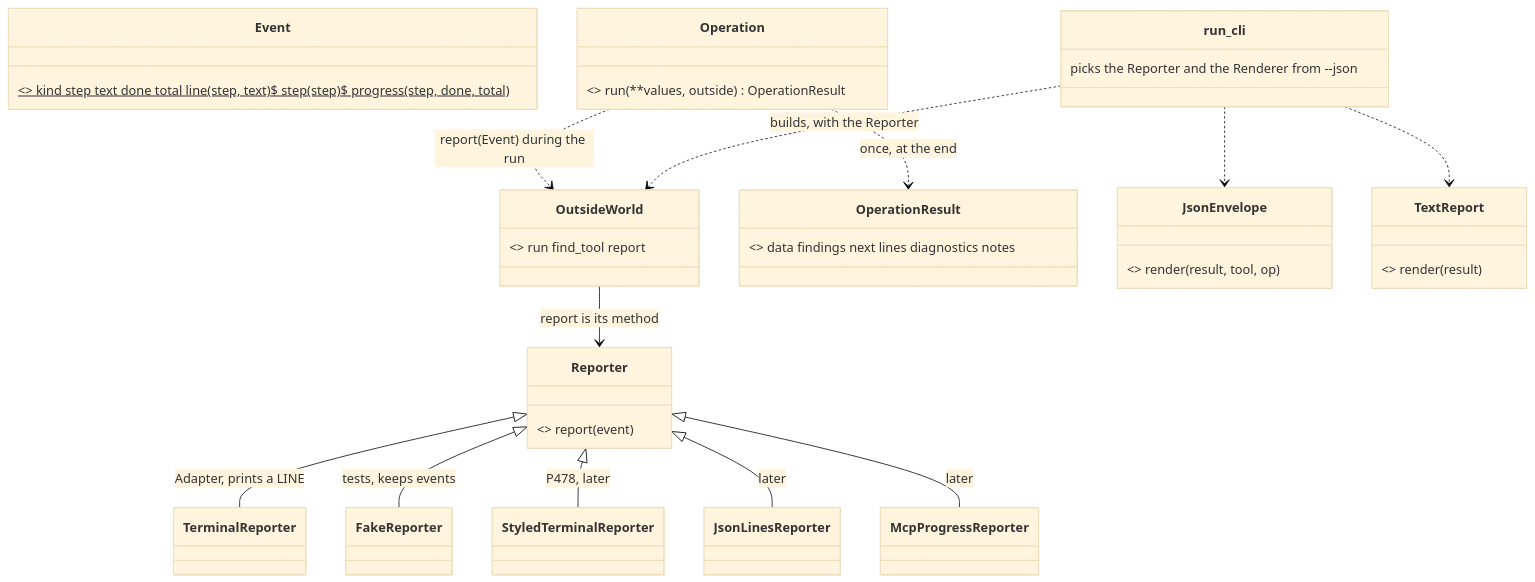
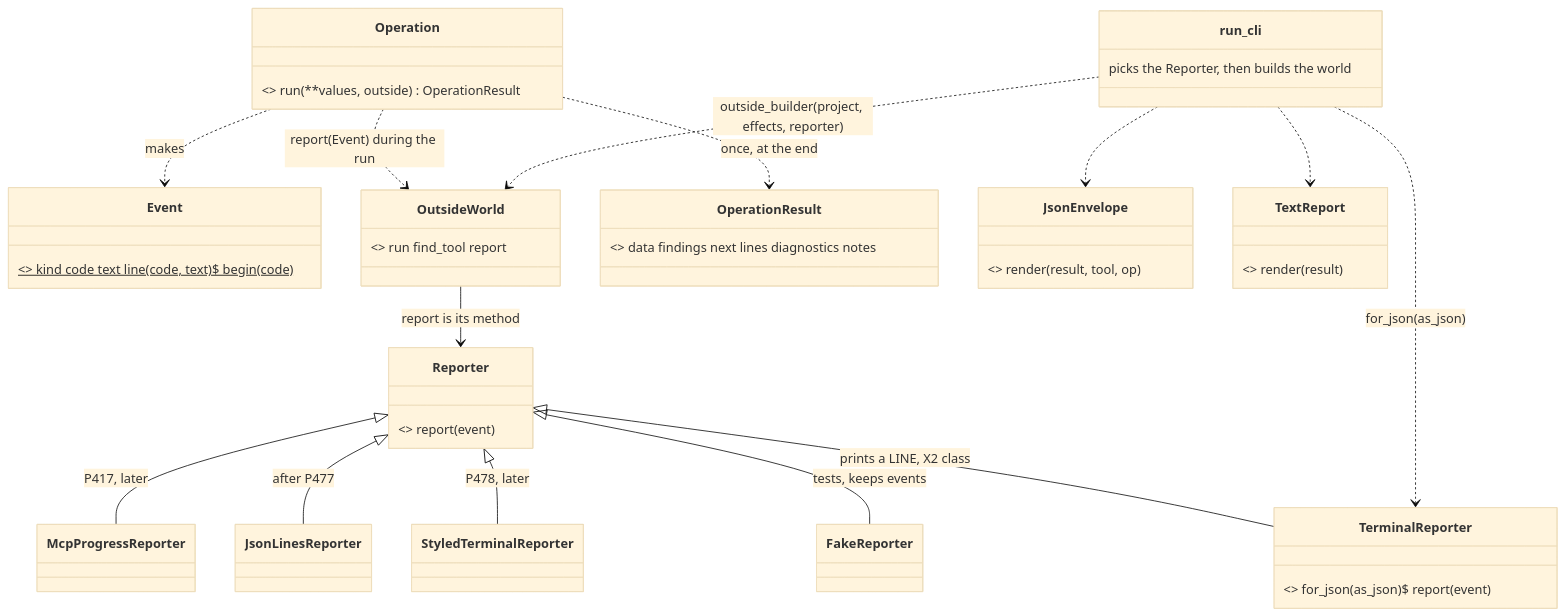
Before and after one commit to xmejkal/spark: the first of 3 diagrams in docs/discovery/2026-10-19-p323-target-architecture/architecture/event-seam-plan.md, drawn with Mermaid (base theme). The commit also changed other lines of this file and 2 other files, not shown here.

First line of the commit message:
P479: plan council round 1: the Event is kind, code, text; four rules of the seam; echo_to moves to E2; deploy goldens before E2; You decide box; council record and rows

````diff
--- a/docs/discovery/2026-10-19-p323-target-architecture/architecture/event-seam-plan.md
+++ b/docs/discovery/2026-10-19-p323-target-architecture/architecture/event-seam-plan.md
@@ -102,22 +130,25 @@
 ```mermaid
 classDiagram
-  class Event { <<Value>> kind step text done total line(step, text)$ step(step)$ progress(step, done, total)$ }
+  class Event { <<Value>> kind code text line(code, text)$ begin(code)$ }
   class Reporter { <<Strategy>> report(event) }
-  Reporter <|-- TerminalReporter : Adapter, prints a LINE
+  class TerminalReporter { <<Strategy>> for_json(as_json)$ report(event) }
+  Reporter <|-- TerminalReporter : prints a LINE, X2 class
   Reporter <|-- FakeReporter : tests, keeps events
   Reporter <|-- StyledTerminalReporter : P478, later
-  Reporter <|-- JsonLinesReporter : later
-  Reporter <|-- McpProgressReporter : later
+  Reporter <|-- JsonLinesReporter : after P477
+  Reporter <|-- McpProgressReporter : P417, later
   class OutsideWorld { <<Value>> run find_tool report }
   class Operation { <<Operation>> run(**values, outside) OperationResult }
   class OperationResult { <<Result>> data findings next lines diagnostics notes }
   class JsonEnvelope { <<Renderer>> render(result, tool, op) }
   class TextReport { <<Renderer>> render(result) }
-  class run_cli { picks the Reporter and the Renderer from --json }
+  class run_cli { picks the Reporter, then builds the world }
   OutsideWorld --> Reporter : report is its method
+  Operation ..> Event : makes
   Operation ..> OutsideWorld : report(Event) during the run
   Operation ..> OperationResult : once, at the end
-  run_cli ..> OutsideWorld : builds, with the Reporter
+  run_cli ..> TerminalReporter : for_json(as_json)
+  run_cli ..> OutsideWorld : outside_builder(project, effects, reporter)
   run_cli ..> JsonEnvelope
   run_cli ..> TextReport
 ```
````
